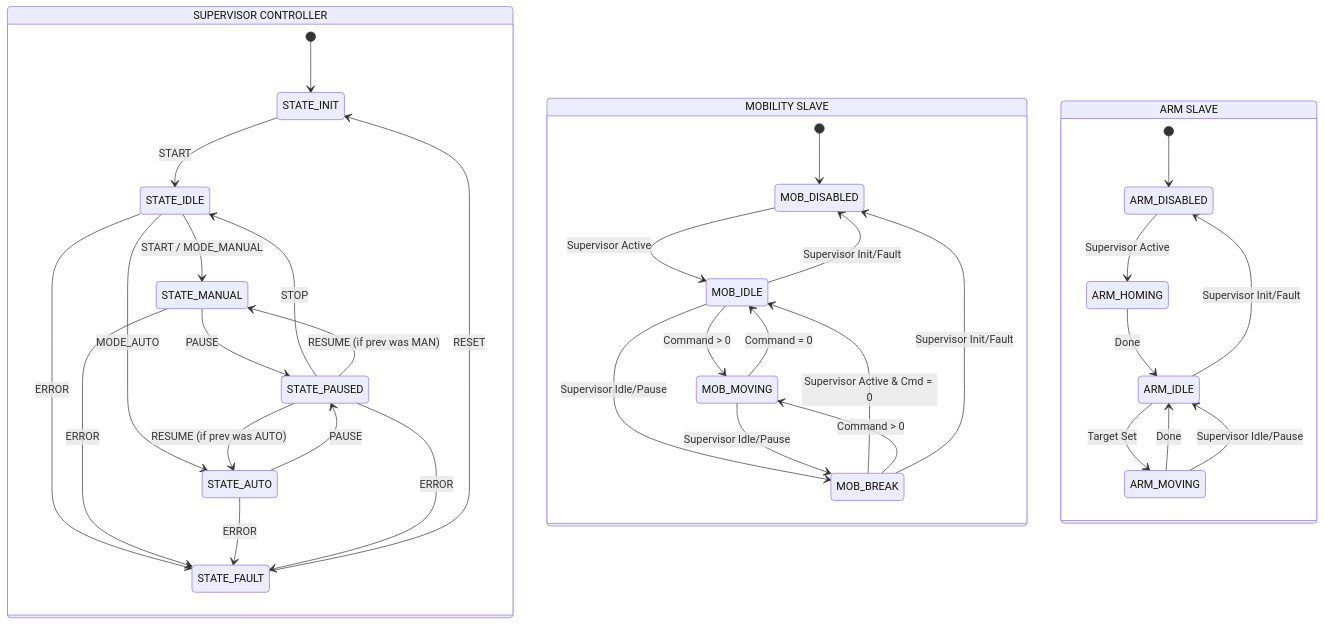
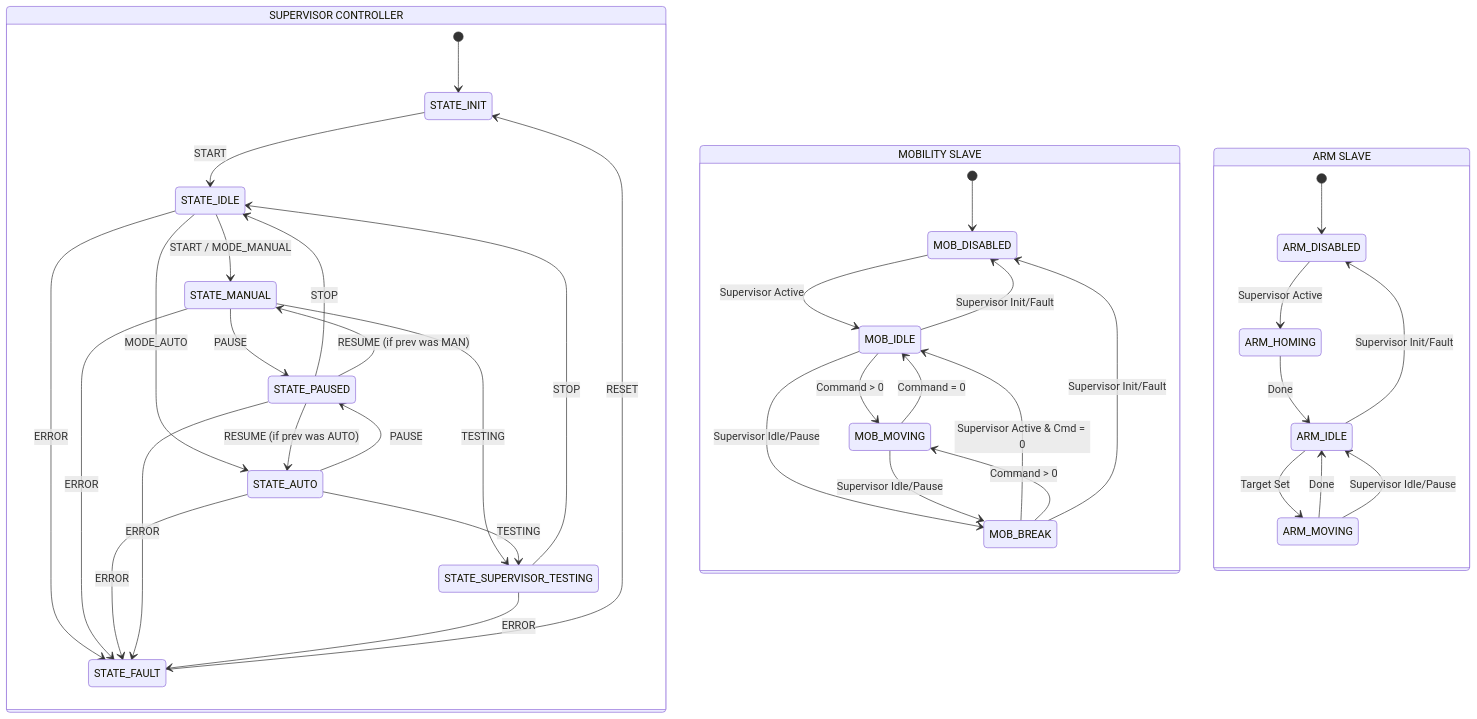
The diagram in docs/state_machine.md (ipobletev/sme-stm32f407-4wcl), drawn with Mermaid before and after one commit. The commit also changed other lines of this file and 3 other files, not shown here.

````diff
--- a/docs/state_machine.md
+++ b/docs/state_machine.md
@@ -132,46 +136,52 @@
 ```mermaid
 stateDiagram-v2
     state "SUPERVISOR CONTROLLER" as Supervisor {
         [*] --> STATE_INIT
         STATE_INIT --> STATE_IDLE : START
         STATE_IDLE --> STATE_MANUAL : START / MODE_MANUAL
         STATE_IDLE --> STATE_AUTO : MODE_AUTO
         
         STATE_MANUAL --> STATE_PAUSED : PAUSE
         STATE_AUTO --> STATE_PAUSED : PAUSE
+
+        STATE_MANUAL --> STATE_SUPERVISOR_TESTING : TESTING
+        STATE_AUTO --> STATE_SUPERVISOR_TESTING : TESTING
         
         STATE_PAUSED --> STATE_IDLE : STOP
         STATE_PAUSED --> STATE_MANUAL : RESUME (if prev was MAN)
         STATE_PAUSED --> STATE_AUTO : RESUME (if prev was AUTO)
 
+        STATE_SUPERVISOR_TESTING --> STATE_IDLE : STOP
+
         STATE_IDLE --> STATE_FAULT : ERROR
         STATE_MANUAL --> STATE_FAULT : ERROR
         STATE_AUTO --> STATE_FAULT : ERROR
         STATE_PAUSED --> STATE_FAULT : ERROR
+        STATE_SUPERVISOR_TESTING --> STATE_FAULT : ERROR
         
         STATE_FAULT --> STATE_INIT : RESET
     }
 
     state "MOBILITY SLAVE" as Mob {
         [*] --> MOB_DISABLED
         MOB_DISABLED --> MOB_IDLE : Supervisor Active
         MOB_IDLE --> MOB_MOVING : Command > 0
         MOB_MOVING --> MOB_IDLE : Command = 0
         MOB_IDLE --> MOB_BREAK : Supervisor Idle/Pause
         MOB_MOVING --> MOB_BREAK : Supervisor Idle/Pause
         MOB_BREAK --> MOB_IDLE : Supervisor Active & Cmd = 0
         MOB_BREAK --> MOB_MOVING : Command > 0
         MOB_IDLE --> MOB_DISABLED : Supervisor Init/Fault
         MOB_BREAK --> MOB_DISABLED : Supervisor Init/Fault
     }
 
     state "ARM SLAVE" as Arm {
         [*] --> ARM_DISABLED
         ARM_DISABLED --> ARM_HOMING : Supervisor Active
         ARM_HOMING --> ARM_IDLE : Done
         ARM_IDLE --> ARM_MOVING : Target Set
         ARM_MOVING --> ARM_IDLE : Done
         ARM_IDLE --> ARM_DISABLED : Supervisor Init/Fault
         ARM_MOVING --> ARM_IDLE : Supervisor Idle/Pause
     }
 ```
````
